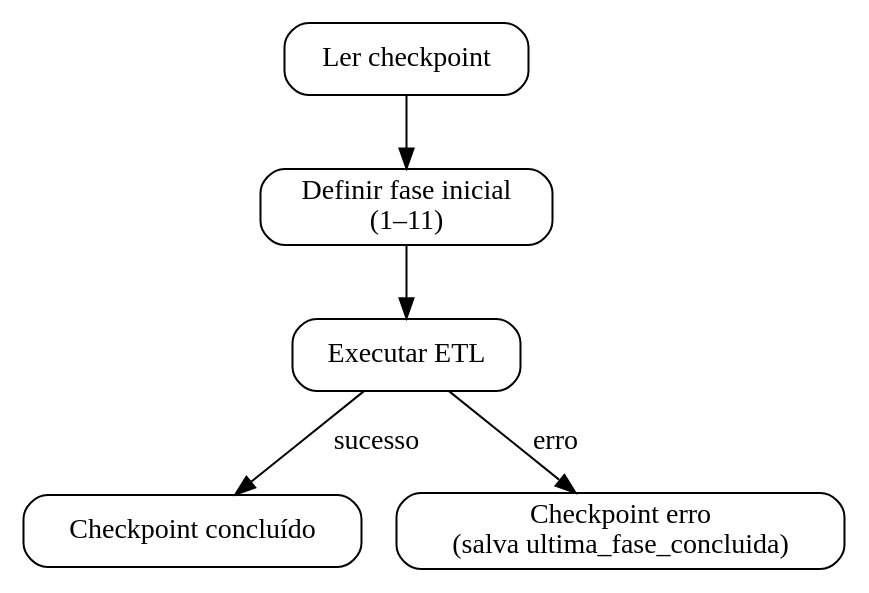
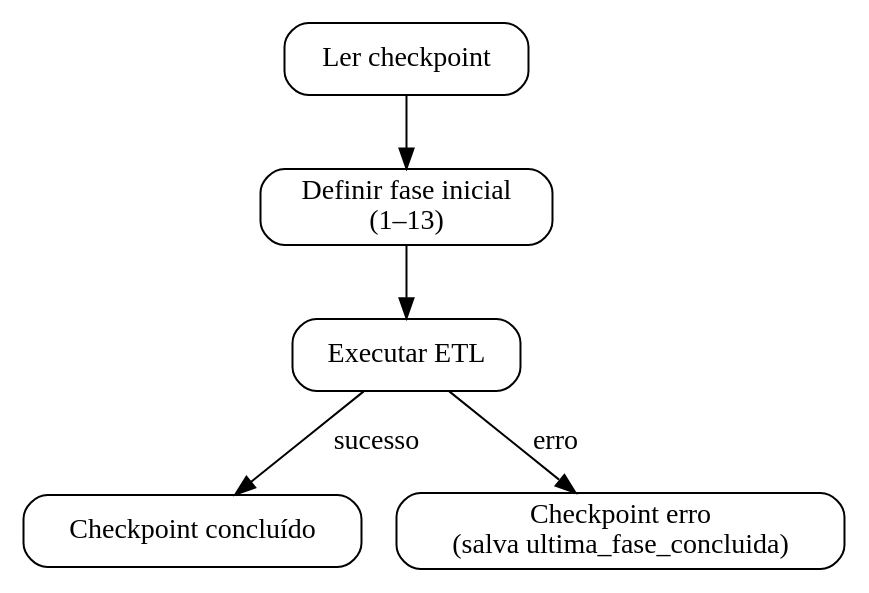
One commit to prefeiturasp/SME-IntegracaoEOL-MS-ETL changed the diagram in docs/dominios/pedagogico/retomada.md. Above: the diagram before and after it, drawn with Graphviz. The commit also changed other lines of this file and 16 other files, not shown here.

````diff
--- a/docs/dominios/pedagogico/retomada.md
+++ b/docs/dominios/pedagogico/retomada.md
@@ -30,16 +30,16 @@
 ```{graphviz}
 digraph G {
     rankdir=TB;
     node [shape=box, style="rounded"];
 
     CP [label="Ler checkpoint"];
-    DEC [label="Definir fase inicial\n(1–11)"];
+    DEC [label="Definir fase inicial\n(1–13)"];
     RUN [label="Executar ETL"];
     OK [label="Checkpoint concluído"];
     ER [label="Checkpoint erro\n(salva ultima_fase_concluida)"];
 
     CP -> DEC -> RUN;
     RUN -> OK [label="sucesso"];
     RUN -> ER [label="erro"];
 }
 ```
````
